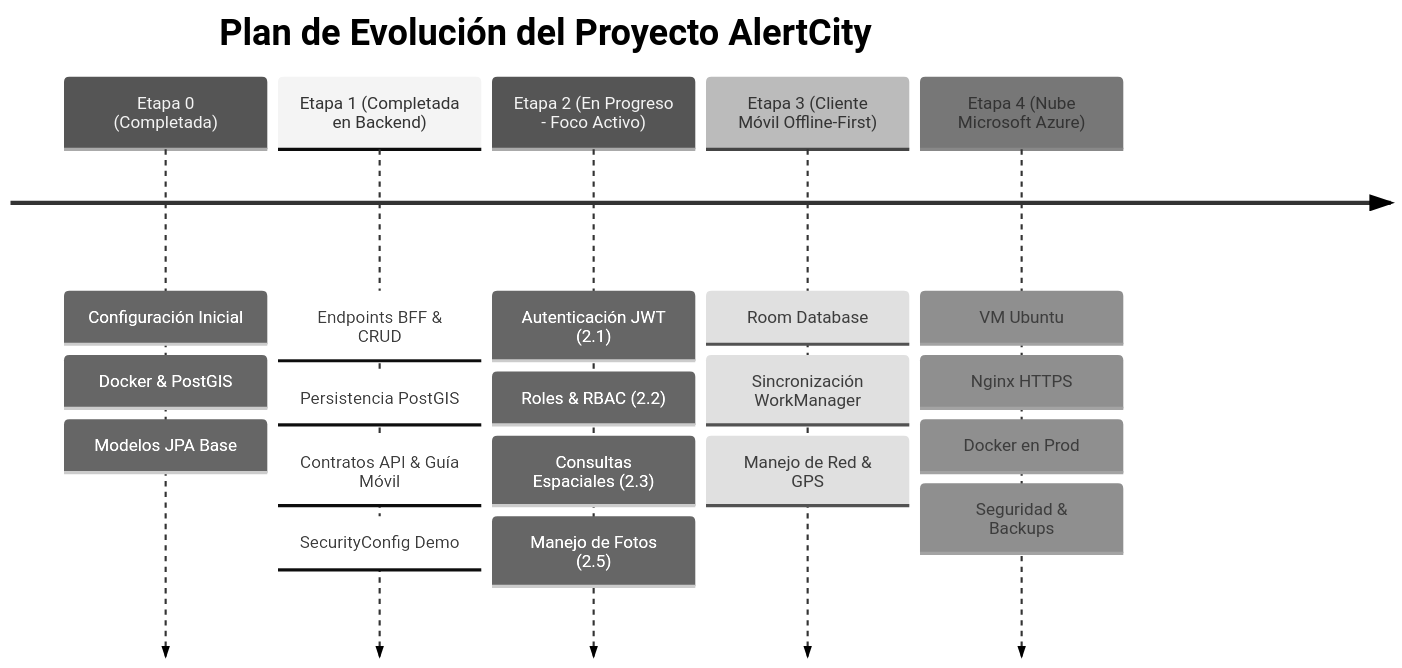
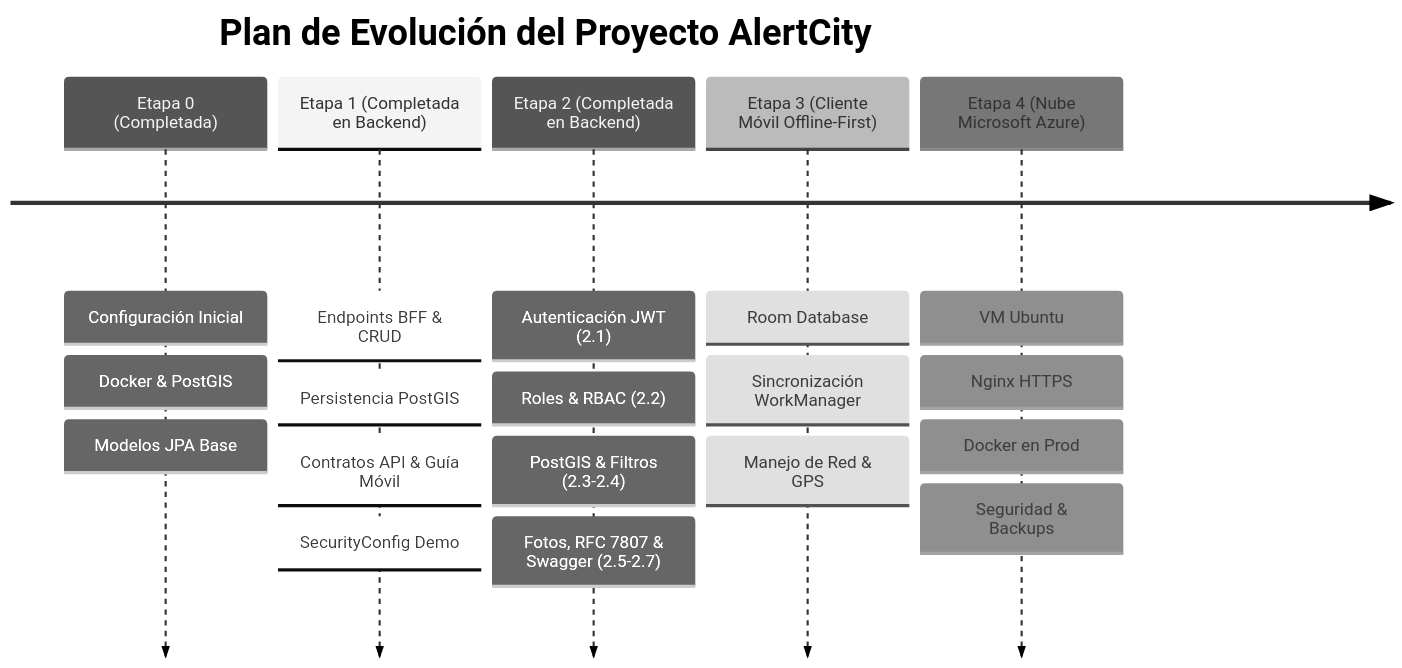
The first of 2 diagrams in Documentation/ROADMAP_AND_TRACKING.md (Andre-Garcia-dev/AlertCity-Backend), drawn with Mermaid (neutral theme) before and after one commit. The commit also changed other lines of this file and 35 other files, not shown here.

Commit message:
feat(phase2): implement JWT auth, RBAC, PostGIS nearby, filters, media upload, RFC 7807 errors and Swagger UI

````diff
--- a/Documentation/ROADMAP_AND_TRACKING.md
+++ b/Documentation/ROADMAP_AND_TRACKING.md
@@ -16,9 +16,9 @@
 ```mermaid
 timeline
     title Plan de Evolución del Proyecto AlertCity
     Etapa 0 (Completada) : Configuración Inicial : Docker & PostGIS : Modelos JPA Base
     Etapa 1 (Completada en Backend) : Endpoints BFF & CRUD : Persistencia PostGIS : Contratos API & Guía Móvil : SecurityConfig Demo
-    Etapa 2 (En Progreso - Foco Activo) : Autenticación JWT (2.1) : Roles & RBAC (2.2) : Consultas Espaciales (2.3) : Manejo de Fotos (2.5)
+    Etapa 2 (Completada en Backend) : Autenticación JWT (2.1) : Roles & RBAC (2.2) : PostGIS & Filtros (2.3-2.4) : Fotos, RFC 7807 & Swagger (2.5-2.7)
     Etapa 3 (Cliente Móvil Offline-First) : Room Database : Sincronización WorkManager : Manejo de Red & GPS
     Etapa 4 (Nube Microsoft Azure) : VM Ubuntu : Nginx HTTPS : Docker en Prod : Seguridad & Backups
 ```
````
